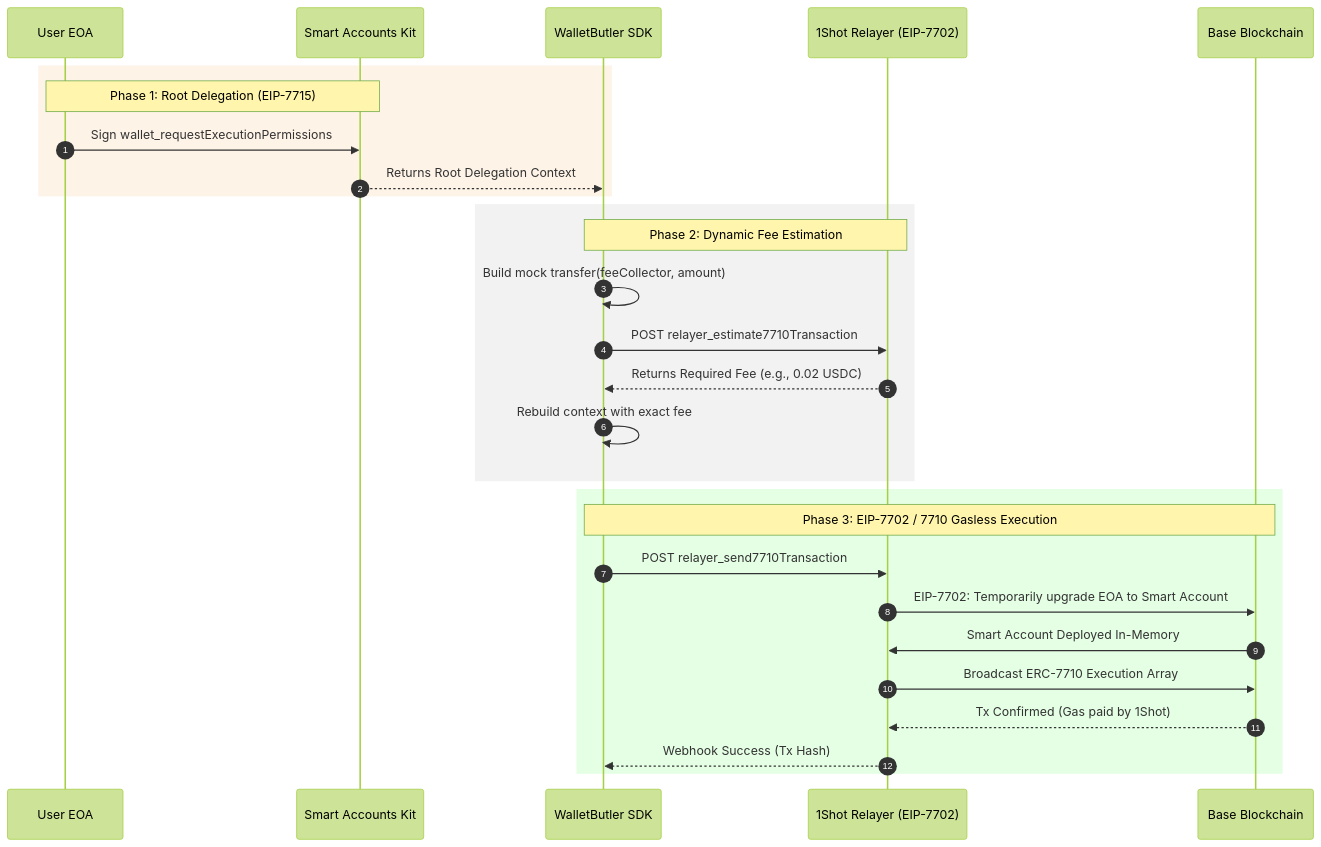
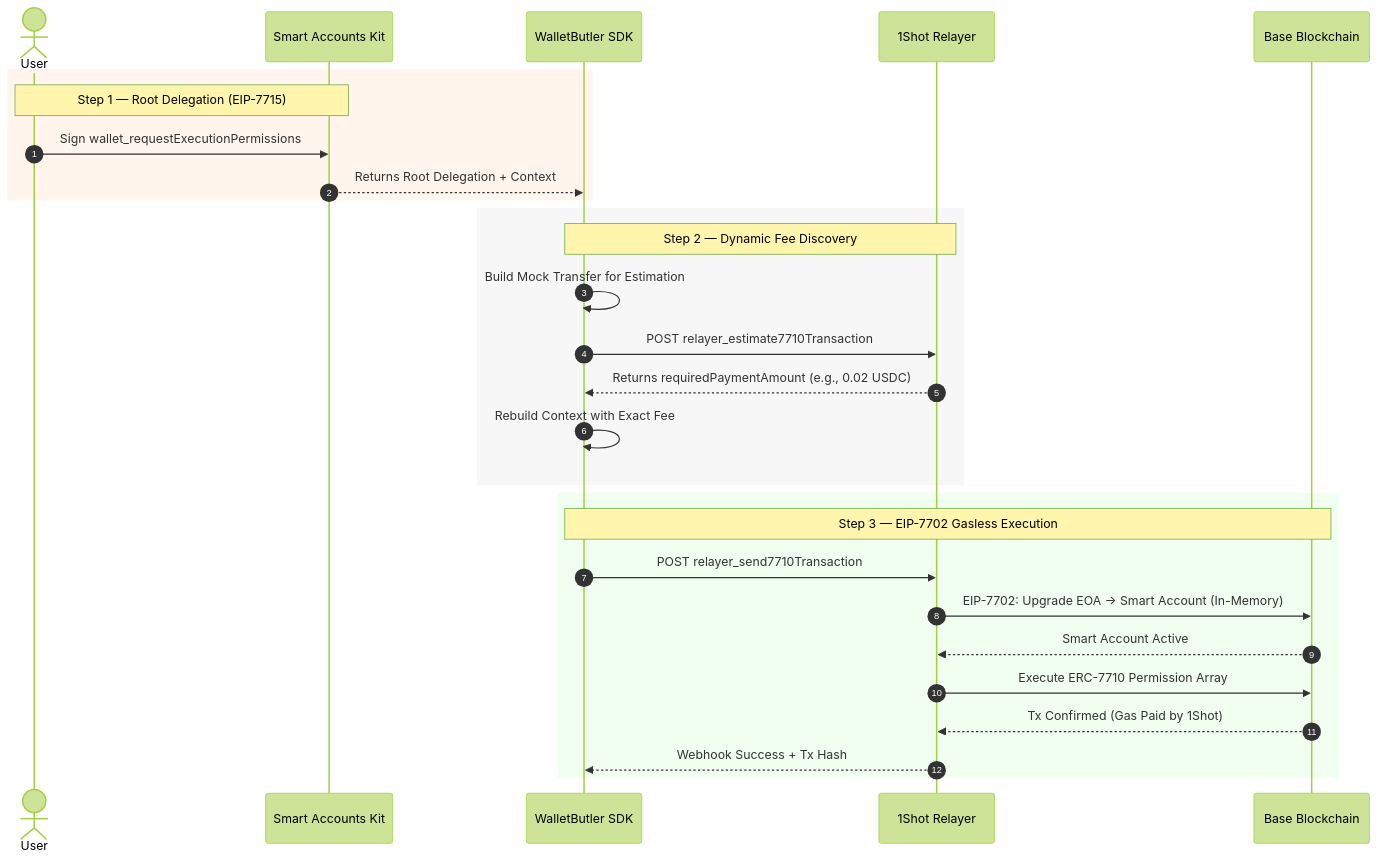
Before and after one commit to JaDi03/walletbutler-sdk: the second of 3 diagrams in README.md, drawn with Mermaid (forest theme). The commit also changed other lines of this file and 1 other file, not shown here.

````diff
--- a/README.md
+++ b/README.md
@@ -65,36 +106,33 @@
 ```mermaid
 sequenceDiagram
     autonumber
-    participant User EOA
+    actor User
     participant MetaMask as Smart Accounts Kit
     participant SDK as WalletButler SDK
-    participant Relayer as 1Shot Relayer (EIP-7702)
+    participant Relayer as 1Shot Relayer
     participant Chain as Base Blockchain
 
-    %% 1. Root Delegation
-    rect rgba(246, 133, 27, 0.1)
-    Note over User EOA,MetaMask: Phase 1: Root Delegation (EIP-7715)
-    User EOA->>MetaMask: Sign wallet_requestExecutionPermissions
-    MetaMask-->>SDK: Returns Root Delegation Context
+    rect rgb(246, 133, 27, 0.08)
+    Note over User,MetaMask: Step 1 — Root Delegation (EIP-7715)
+    User->>MetaMask: Sign wallet_requestExecutionPermissions
+    MetaMask-->>SDK: Returns Root Delegation + Context
     end
 
-    %% 2. Estimation & Fee Calculation
-    rect rgba(0, 0, 0, 0.05)
-    Note over SDK,Relayer: Phase 2: Dynamic Fee Estimation
-    SDK->>SDK: Build mock transfer(feeCollector, amount)
+    rect rgb(0, 0, 0, 0.03)
+    Note over SDK,Relayer: Step 2 — Dynamic Fee Discovery
+    SDK->>SDK: Build Mock Transfer for Estimation
     SDK->>Relayer: POST relayer_estimate7710Transaction
-    Relayer-->>SDK: Returns Required Fee (e.g., 0.02 USDC)
-    SDK->>SDK: Rebuild context with exact fee
+    Relayer-->>SDK: Returns requiredPaymentAmount (e.g., 0.02 USDC)
+    SDK->>SDK: Rebuild Context with Exact Fee
     end
 
-    %% 3. EIP-7702 Execution
-    rect rgba(0, 255, 0, 0.1)
-    Note over SDK,Chain: Phase 3: EIP-7702 / 7710 Gasless Execution
+    rect rgb(0, 255, 0, 0.06)
+    Note over SDK,Chain: Step 3 — EIP-7702 Gasless Execution
     SDK->>Relayer: POST relayer_send7710Transaction
-    Relayer->>Chain: EIP-7702: Temporarily upgrade EOA to Smart Account
-    Chain->>Relayer: Smart Account Deployed In-Memory
-    Relayer->>Chain: Broadcast ERC-7710 Execution Array
-    Chain-->>Relayer: Tx Confirmed (Gas paid by 1Shot)
-    Relayer-->>SDK: Webhook Success (Tx Hash)
+    Relayer->>Chain: EIP-7702: Upgrade EOA → Smart Account (In-Memory)
+    Chain-->>Relayer: Smart Account Active
+    Relayer->>Chain: Execute ERC-7710 Permission Array
+    Chain-->>Relayer: Tx Confirmed (Gas Paid by 1Shot)
+    Relayer-->>SDK: Webhook Success + Tx Hash
     end
 ```
````
